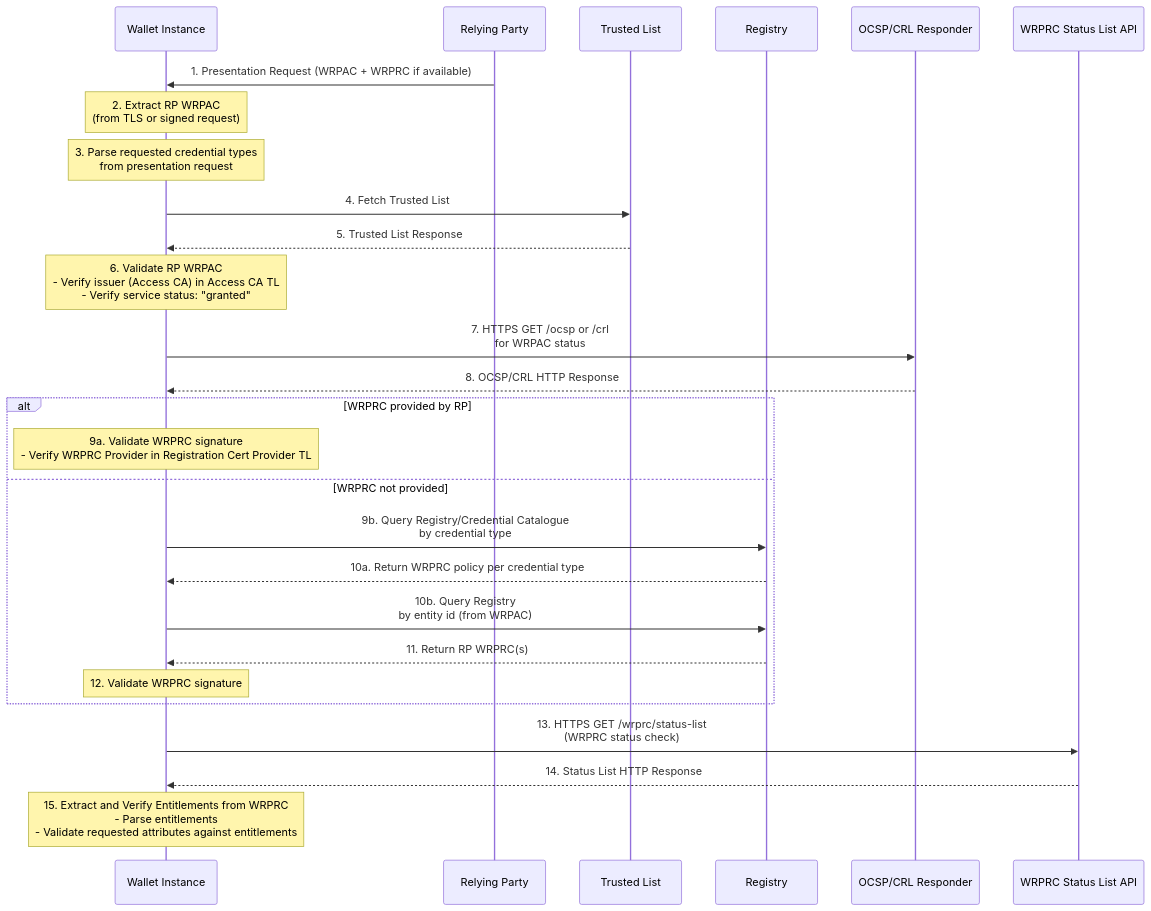
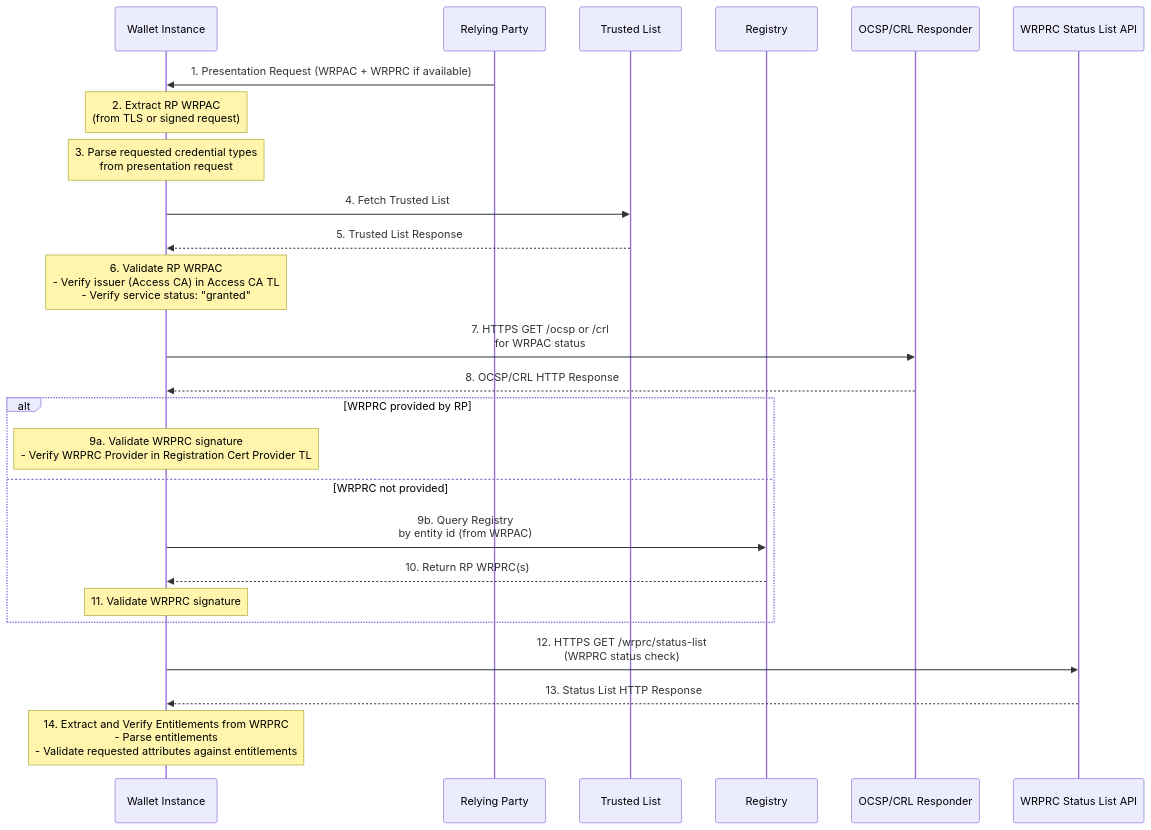
Before and after one commit to webuild-consortium/wp4-trust-group: the second of 9 diagrams in task2-trust-framework/eudi-wallet-trust-and-entitlement-discovery.md, drawn with Mermaid. The commit also changed other lines of this file, not shown here.

Commit message:
fix: removed Query by **credential type** to obtain WRPRC policy

````diff
--- a/task2-trust-framework/eudi-wallet-trust-and-entitlement-discovery.md
+++ b/task2-trust-framework/eudi-wallet-trust-and-entitlement-discovery.md
@@ -105,33 +105,31 @@
 ```mermaid
 sequenceDiagram
     participant W as Wallet Instance
     participant RP as Relying Party
     participant TL as Trusted List
     participant NR as Registry
     participant OCSP as OCSP/CRL Responder
     participant RCStatus as WRPRC Status List API
 
     RP->>W: 1. Presentation Request (WRPAC + WRPRC if available)
     Note over W: 2. Extract RP WRPAC<br/>(from TLS or signed request)
     Note over W: 3. Parse requested credential types<br/>from presentation request
     W->>TL: 4. Fetch Trusted List
     TL-->>W: 5. Trusted List Response
     Note over W: 6. Validate RP WRPAC<br/>- Verify issuer (Access CA) in Access CA TL<br/>- Verify service status: "granted"
     W->>OCSP: 7. HTTPS GET /ocsp or /crl<br/>for WRPAC status
     OCSP-->>W: 8. OCSP/CRL HTTP Response
     
     alt WRPRC provided by RP
         Note over W: 9a. Validate WRPRC signature<br/>- Verify WRPRC Provider in Registration Cert Provider TL
     else WRPRC not provided
-        W->>NR: 9b. Query Registry/Credential Catalogue<br/>by credential type
-        NR-->>W: 10a. Return WRPRC policy per credential type
-        W->>NR: 10b. Query Registry<br/>by entity id (from WRPAC)
-        NR-->>W: 11. Return RP WRPRC(s)
-        Note over W: 12. Validate WRPRC signature
+        W->>NR: 9b. Query Registry<br/>by entity id (from WRPAC)
+        NR-->>W: 10. Return RP WRPRC(s)
+        Note over W: 11. Validate WRPRC signature
     end
     
-    W->>RCStatus: 13. HTTPS GET /wrprc/status-list<br/>(WRPRC status check)
-    RCStatus-->>W: 14. Status List HTTP Response
+    W->>RCStatus: 12. HTTPS GET /wrprc/status-list<br/>(WRPRC status check)
+    RCStatus-->>W: 13. Status List HTTP Response
     
-    Note over W: 15. Extract and Verify Entitlements from WRPRC<br/>- Parse entitlements<br/>- Validate requested attributes against entitlements
+    Note over W: 14. Extract and Verify Entitlements from WRPRC<br/>- Parse entitlements<br/>- Validate requested attributes against entitlements
 ```
````
